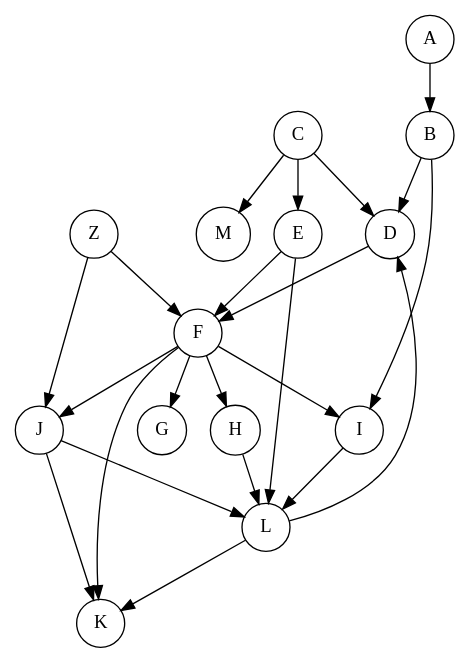
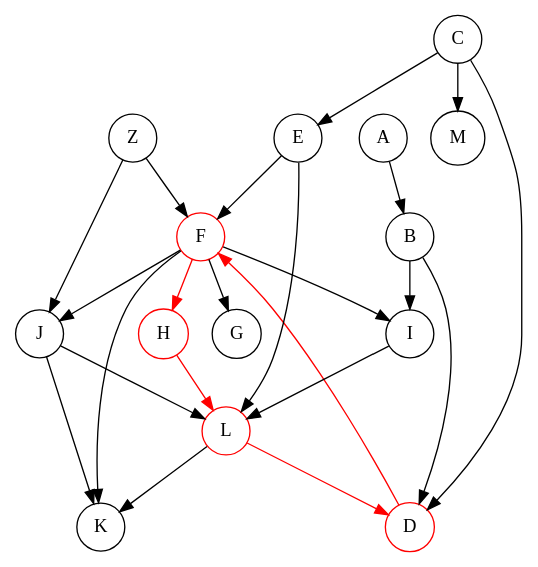
The diagram in dot.gv (jesserwright/dag-validator), drawn with Graphviz before and after one commit. The commit also changed 5 other files, not shown here.

```diff
--- a/dot.gv
+++ b/dot.gv
@@ -1,25 +1,29 @@
 digraph {
   node [shape=circle];
+  F [color="red"]
+  D [color="red"]
+  H [color="red"]
+  L [color="red"]
   A -> B
   B -> D
   C -> M
-  D -> F
+  D -> F [color="red"]
   E -> F
   C -> E
   C -> D
   F -> G
-  F -> H
+  F -> H [color="red"]
   F -> I
   F -> J
   F -> K
-  H -> L
+  H -> L [color="red"]
   I -> L
   J -> L
   E -> L
-  L -> D
+  L -> D [color="red"]
   J -> K
   Z -> F
   Z -> J
   B -> I
   L -> K
 }
```
